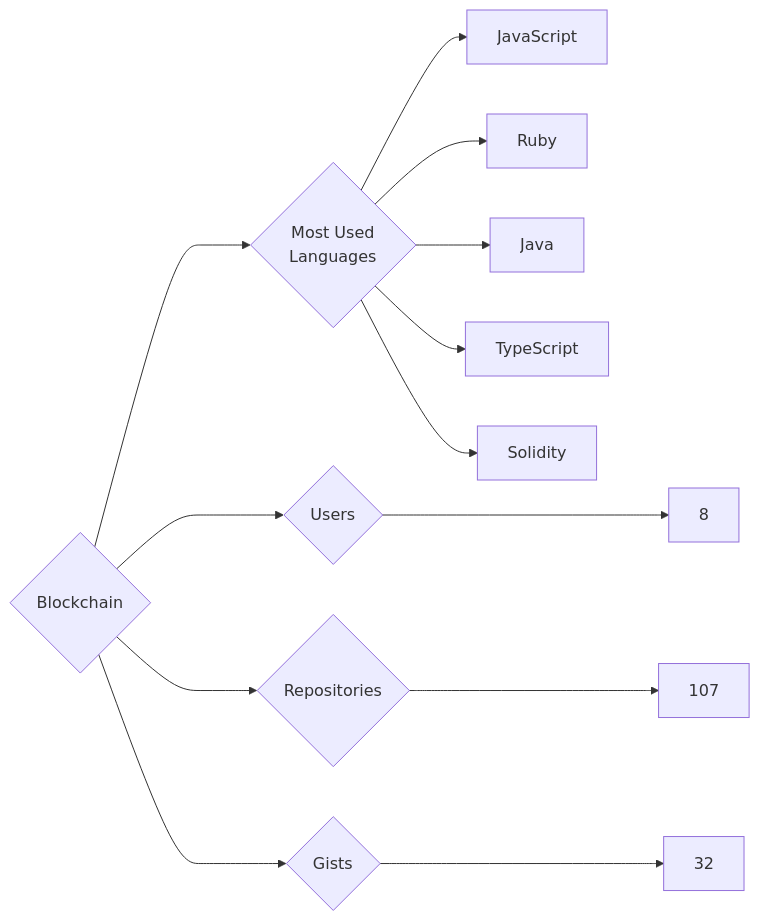
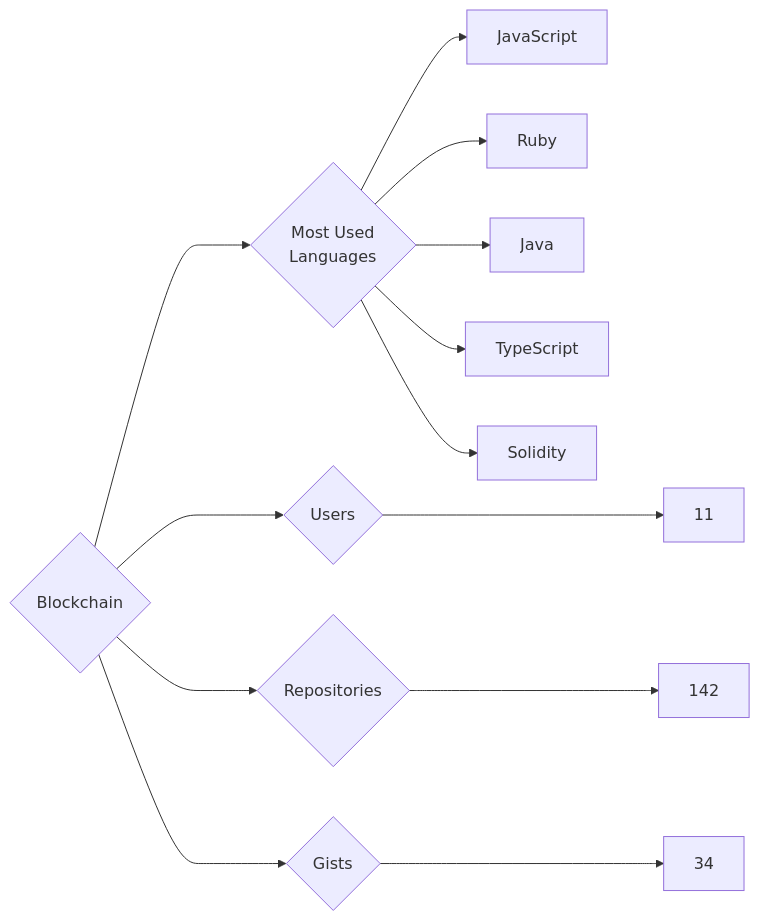
Before and after one commit to trickest/insiders: the diagram in targets/Blockchain/README.md, drawn with Mermaid. The commit also changed 1120 other files, not shown here.

````diff
--- a/targets/Blockchain/README.md
+++ b/targets/Blockchain/README.md
@@ -3,13 +3,13 @@
 ```mermaid
 graph LR
 COMPANY_NAME{Blockchain}
-COMPANY_NAME ---> U{Users} ---> UN[8]
-COMPANY_NAME ---> R{Repositories} ---> RN[107]
-COMPANY_NAME ---> G{Gists} ---> GN[32]
+COMPANY_NAME ---> U{Users} ---> UN[11]
+COMPANY_NAME ---> R{Repositories} ---> RN[142]
+COMPANY_NAME ---> G{Gists} ---> GN[34]
 COMPANY_NAME ---> ML{Most Used<br>Languages}
 ML --> JavaScript[JavaScript]
 ML --> Ruby[Ruby]
 ML --> Java[Java]
 ML --> TypeScript[TypeScript]
 ML --> Solidity[Solidity]
 ```
````
